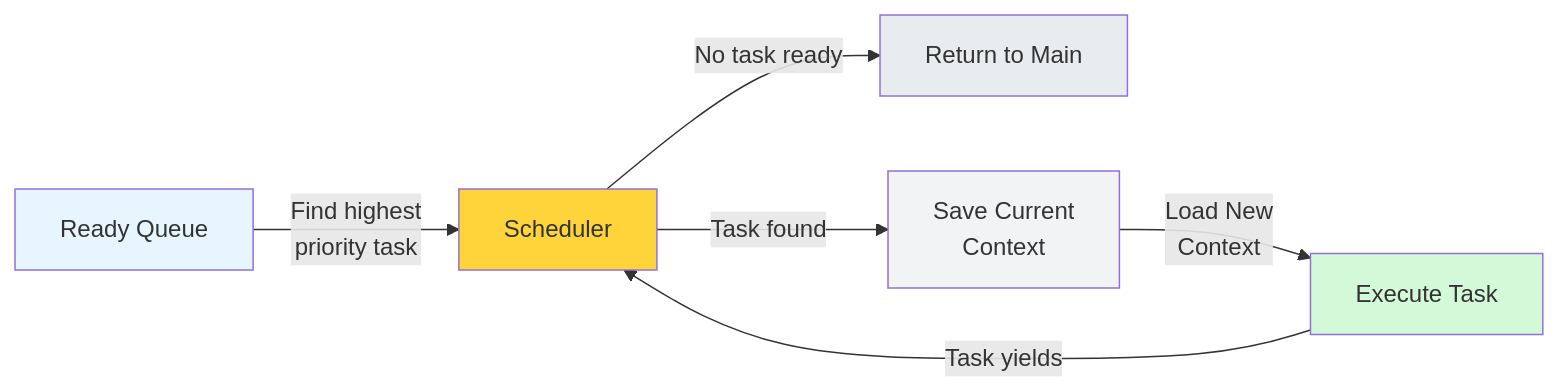
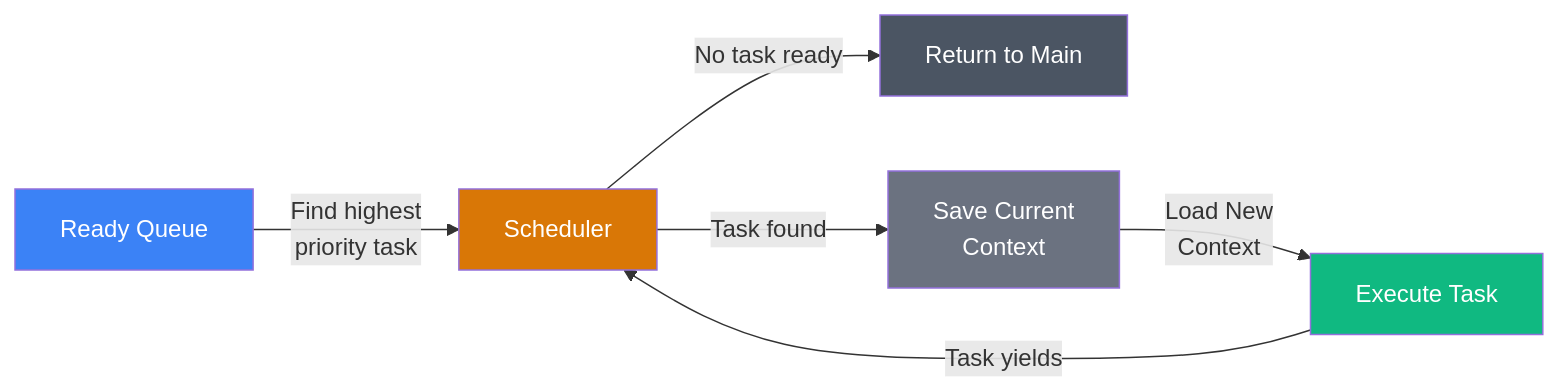
Before and after one commit to ivansigala/OSEK: the third of 7 diagrams in README.md, drawn with Mermaid. The commit also changed other lines of this file, not shown here.

````diff
--- a/README.md
+++ b/README.md
@@ -75,14 +75,14 @@
 ```mermaid
 graph LR
     A["Ready Queue"] -->|Find highest<br/>priority task| B["Scheduler"]
     B -->|No task ready| C["Return to Main"]
     B -->|Task found| D["Save Current<br/>Context"]
     D -->|Load New<br/>Context| E["Execute Task"]
     E -->|Task yields| B
     
-    style A fill:#e7f5ff
-    style B fill:#ffd43b
-    style D fill:#f1f3f5
-    style E fill:#d3f9d8
-    style C fill:#e9ecef
+    style A fill:#3b82f6,color:#fff
+    style B fill:#d97706,color:#fff
+    style D fill:#6b7280,color:#fff
+    style E fill:#10b981,color:#fff
+    style C fill:#4b5563,color:#fff
 ```
````
